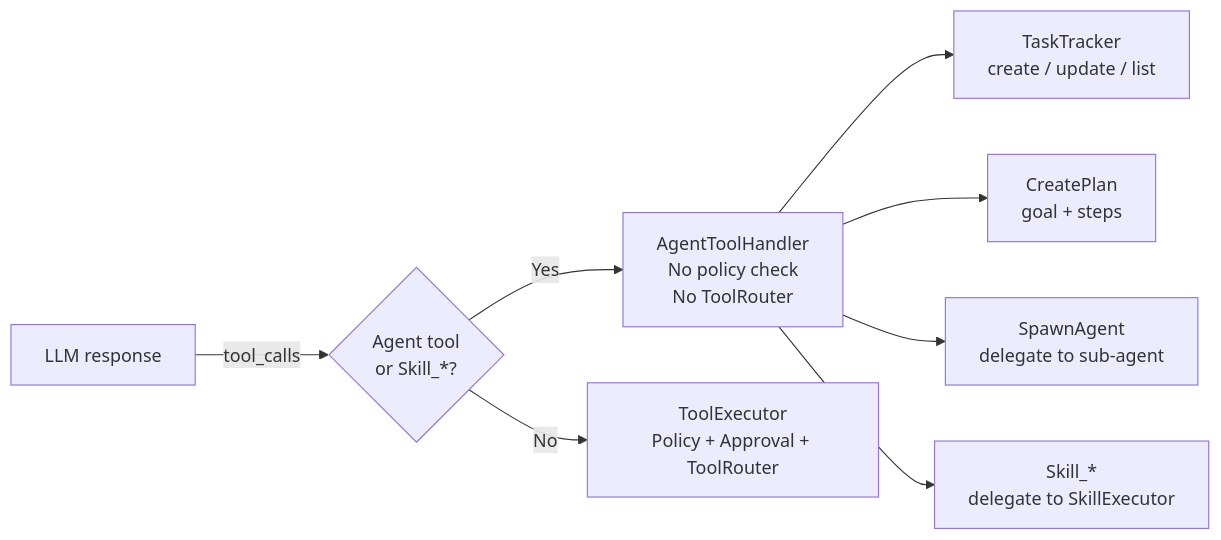
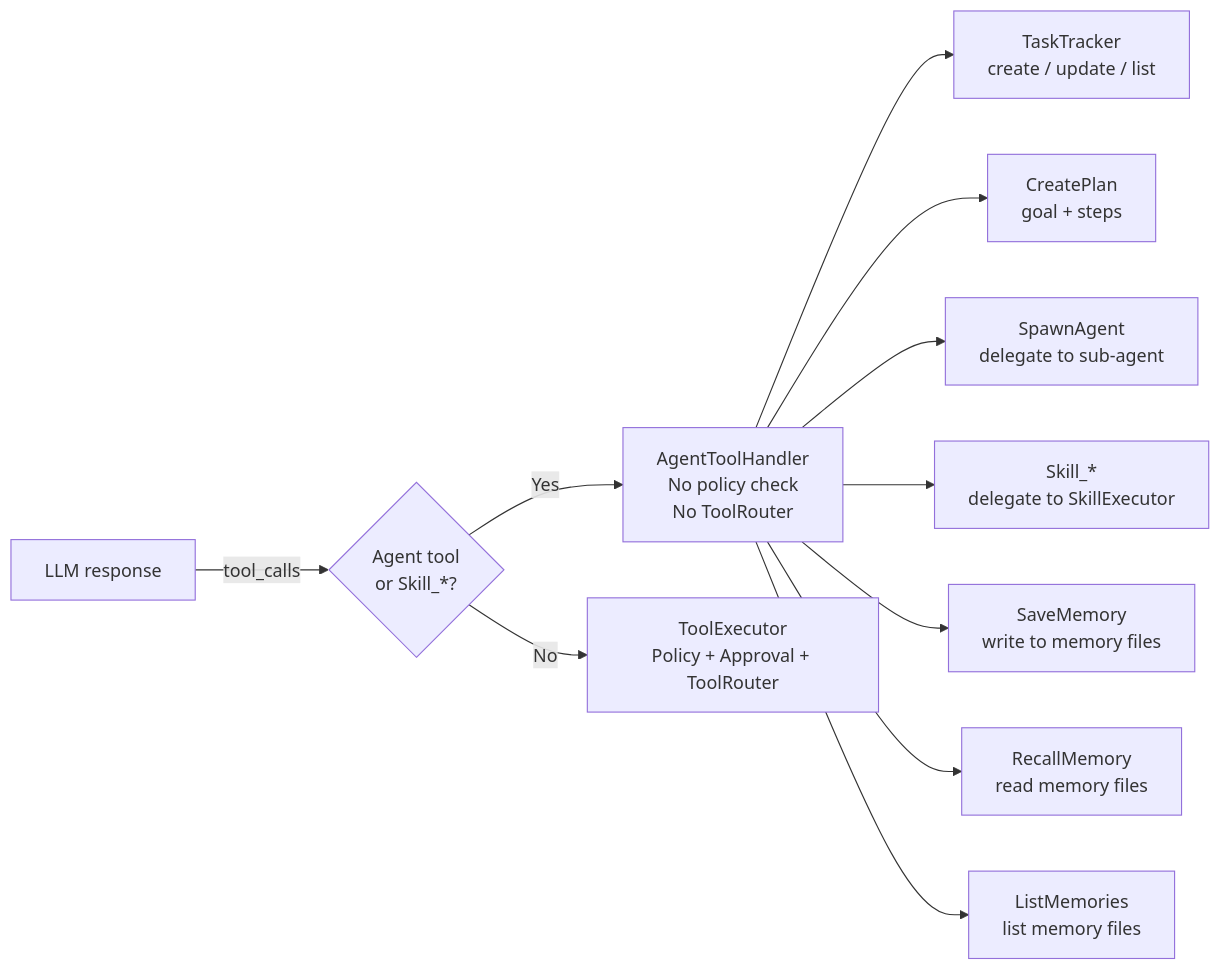
The tenth of 24 diagrams in docs/agent-loop-architecture.md (suman724/cowork-agent-runtime), drawn with Mermaid before and after one commit. The commit also changed other lines of this file and 24 other files, not shown here.

````diff
--- a/docs/agent-loop-architecture.md
+++ b/docs/agent-loop-architecture.md
@@ -598,11 +600,14 @@
 ```mermaid
 graph LR
     LLM[LLM response] -->|tool_calls| Route{Agent tool<br/>or Skill_*?}
     Route -->|Yes| ATH[AgentToolHandler<br/>No policy check<br/>No ToolRouter]
     Route -->|No| TE[ToolExecutor<br/>Policy + Approval + ToolRouter]
 
     ATH --> TT[TaskTracker<br/>create / update / list]
     ATH --> CP[CreatePlan<br/>goal + steps]
     ATH --> SA[SpawnAgent<br/>delegate to sub-agent]
     ATH --> SK[Skill_*<br/>delegate to SkillExecutor]
+    ATH --> SM2[SaveMemory<br/>write to memory files]
+    ATH --> RM[RecallMemory<br/>read memory files]
+    ATH --> LM[ListMemories<br/>list memory files]
 ```
````
